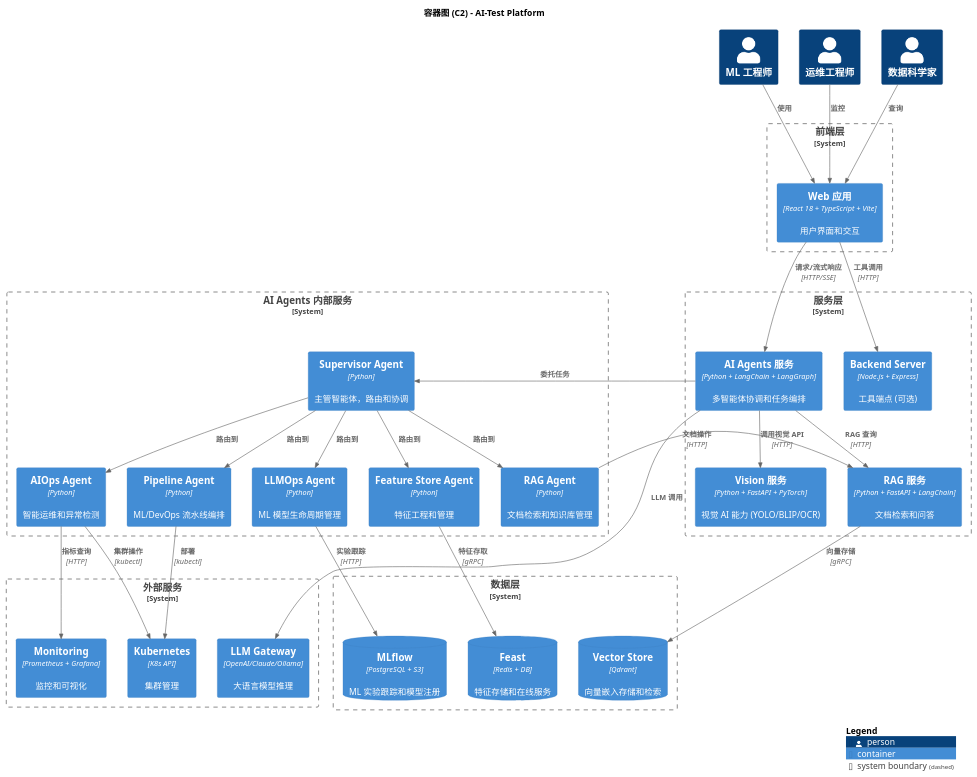
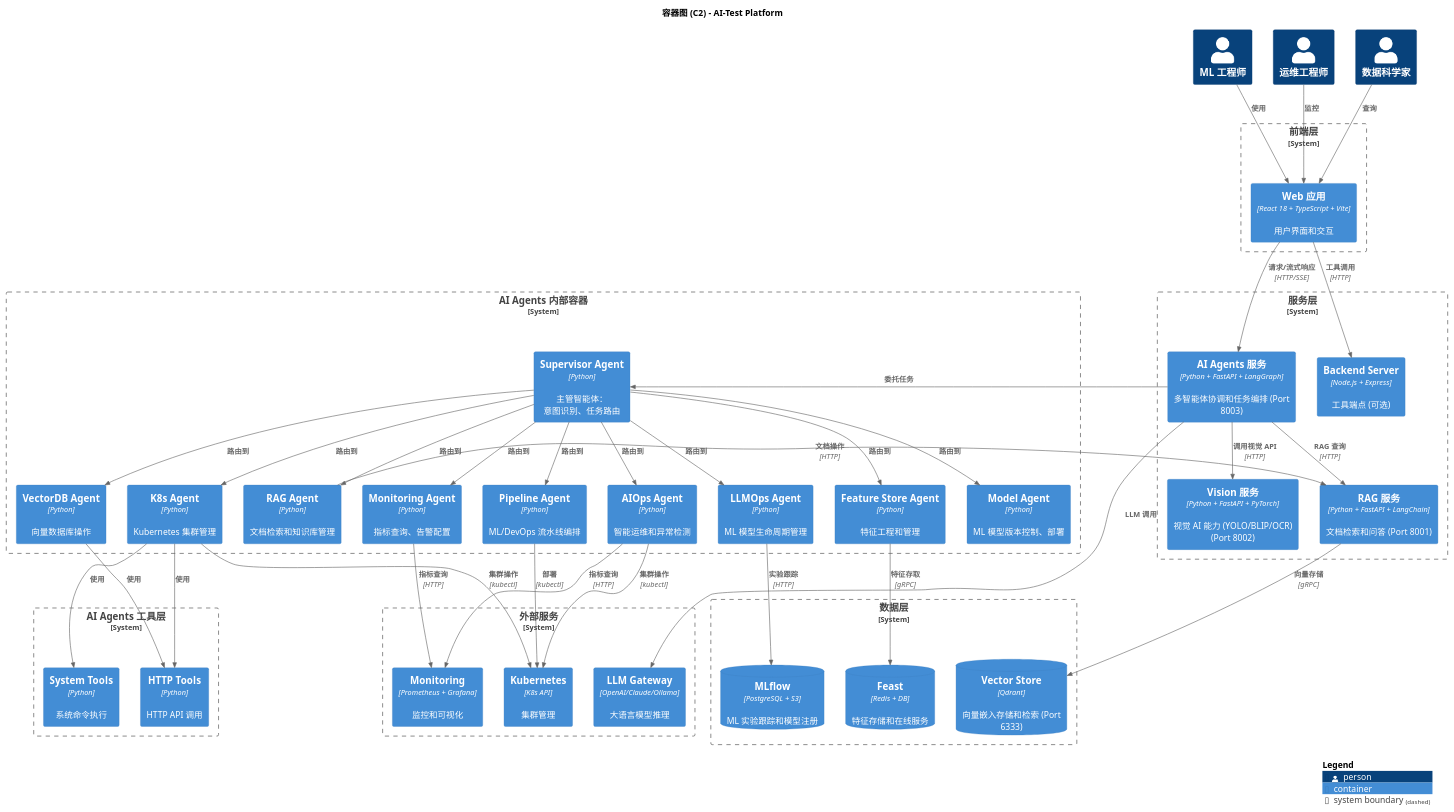
One commit to felixzhu97/explore-workspace changed the diagram in ai/docs/c4/container.puml. Above: the diagram before and after it, drawn with PlantUML. The commit also changed 33 other files, not shown here.

First line of the commit message:
feat: enhance AI agents service with tools, documentation and UI improvements

```diff
--- a/ai/docs/c4/container.puml
+++ b/ai/docs/c4/container.puml
@@ -1,73 +1,99 @@
 @startuml C4-Container
 !include https://raw.githubusercontent.com/plantuml-stdlib/C4-PlantUML/master/C4_Container.puml
 
 LAYOUT_WITH_LEGEND()
 
 title 容器图 (C2) - AI-Test Platform
 
 Person(ml_engineer, "ML 工程师")
 Person(devops_engineer, "运维工程师")
 Person(data_scientist, "数据科学家")
 
 System_Boundary(frontend_boundary, "前端层") {
     Container(web_app, "Web 应用", "React 18 + TypeScript + Vite", "用户界面和交互")
 }
 
 System_Boundary(services_boundary, "服务层") {
-    Container(ai_agents_service, "AI Agents 服务", "Python + LangChain + LangGraph", "多智能体协调和任务编排")
-    Container(vision_service, "Vision 服务", "Python + FastAPI + PyTorch", "视觉 AI 能力 (YOLO/BLIP/OCR)")
-    Container(rag_service, "RAG 服务", "Python + FastAPI + LangChain", "文档检索和问答")
+    Container(ai_agents_service, "AI Agents 服务", "Python + FastAPI + LangGraph", "多智能体协调和任务编排 (Port 8003)")
+    Container(vision_service, "Vision 服务", "Python + FastAPI + PyTorch", "视觉 AI 能力 (YOLO/BLIP/OCR) (Port 8002)")
+    Container(rag_service, "RAG 服务", "Python + FastAPI + LangChain", "文档检索和问答 (Port 8001)")
     Container(server, "Backend Server", "Node.js + Express", "工具端点 (可选)")
 }
 
-System_Boundary(ai_agents_boundary, "AI Agents 内部服务") {
-    Container(supervisor, "Supervisor Agent", "Python", "主管智能体，路由和协调")
+' === AI Agents 内部服务 ===
+System_Boundary(ai_agents_boundary, "AI Agents 内部容器") {
+    Container(supervisor, "Supervisor Agent", "Python", "主管智能体：意图识别、任务路由")
+    Container(k8s_agent, "K8s Agent", "Python", "Kubernetes 集群管理")
+    Container(vectordb_agent, "VectorDB Agent", "Python", "向量数据库操作")
     Container(rag_agent, "RAG Agent", "Python", "文档检索和知识库管理")
+    Container(pipeline_agent, "Pipeline Agent", "Python", "ML/DevOps 流水线编排")
     Container(llmops_agent, "LLMOps Agent", "Python", "ML 模型生命周期管理")
     Container(aiops_agent, "AIOps Agent", "Python", "智能运维和异常检测")
-    Container(pipeline_agent, "Pipeline Agent", "Python", "ML/DevOps 流水线编排")
     Container(feature_agent, "Feature Store Agent", "Python", "特征工程和管理")
+    Container(monitoring_agent, "Monitoring Agent", "Python", "指标查询、告警配置")
+    Container(model_agent, "Model Agent", "Python", "ML 模型版本控制、部署")
+}
+
+System_Boundary(ai_tools_boundary, "AI Agents 工具层") {
+    Container(http_tools, "HTTP Tools", "Python", "HTTP API 调用")
+    Container(system_tools, "System Tools", "Python", "系统命令执行")
 }
 
 System_Boundary(data_boundary, "数据层") {
-    ContainerDb(vector_store, "Vector Store", "Qdrant", "向量嵌入存储和检索")
+    ContainerDb(vector_store, "Vector Store", "Qdrant", "向量嵌入存储和检索 (Port 6333)")
     ContainerDb(mlflow_db, "MLflow", "PostgreSQL + S3", "ML 实验跟踪和模型注册")
     ContainerDb(feast_store, "Feast", "Redis + DB", "特征存储和在线服务")
 }
 
 System_Boundary(external_boundary, "外部服务") {
     Container(ext_llm, "LLM Gateway", "OpenAI/Claude/Ollama", "大语言模型推理")
     Container(ext_k8s, "Kubernetes", "K8s API", "集群管理")
     Container(ext_monitor, "Monitoring", "Prometheus + Grafana", "监控和可视化")
 }
 
+' === 用户关系 ===
 Rel(ml_engineer, web_app, "使用")
 Rel(devops_engineer, web_app, "监控")
 Rel(data_scientist, web_app, "查询")
 
+' === 前端与服务关系 ===
 Rel(web_app, ai_agents_service, "请求/流式响应", "HTTP/SSE")
 Rel(ai_agents_service, vision_service, "调用视觉 API", "HTTP")
 Rel(ai_agents_service, rag_service, "RAG 查询", "HTTP")
 Rel(web_app, server, "工具调用", "HTTP")
 
+' === AI Agents 内部路由 ===
 Rel(ai_agents_service, supervisor, "委托任务")
+Rel(supervisor, k8s_agent, "路由到")
+Rel(supervisor, vectordb_agent, "路由到")
 Rel(supervisor, rag_agent, "路由到")
 Rel(supervisor, llmops_agent, "路由到")
 Rel(supervisor, aiops_agent, "路由到")
 Rel(supervisor, pipeline_agent, "路由到")
 Rel(supervisor, feature_agent, "路由到")
+Rel(supervisor, monitoring_agent, "路由到")
+Rel(supervisor, model_agent, "路由到")
 
+' === 工具使用关系 ===
+Rel(k8s_agent, http_tools, "使用")
+Rel(k8s_agent, system_tools, "使用")
+Rel(vectordb_agent, http_tools, "使用")
+
+' === 服务与数据层关系 ===
 Rel(rag_agent, rag_service, "文档操作", "HTTP")
 Rel(rag_service, vector_store, "向量存储", "gRPC")
 
 Rel(llmops_agent, mlflow_db, "实验跟踪", "HTTP")
 Rel(feature_agent, feast_store, "特征存取", "gRPC")
 
+' === 外部服务关系 ===
 Rel(aiops_agent, ext_k8s, "集群操作", "kubectl")
 Rel(aiops_agent, ext_monitor, "指标查询", "HTTP")
+Rel(k8s_agent, ext_k8s, "集群操作", "kubectl")
+Rel(monitoring_agent, ext_monitor, "指标查询", "HTTP")
 Rel(pipeline_agent, ext_k8s, "部署", "kubectl")
 
 Rel(ai_agents_service, ext_llm, "LLM 调用")
 
 SHOW_LEGEND()
 @enduml
```
